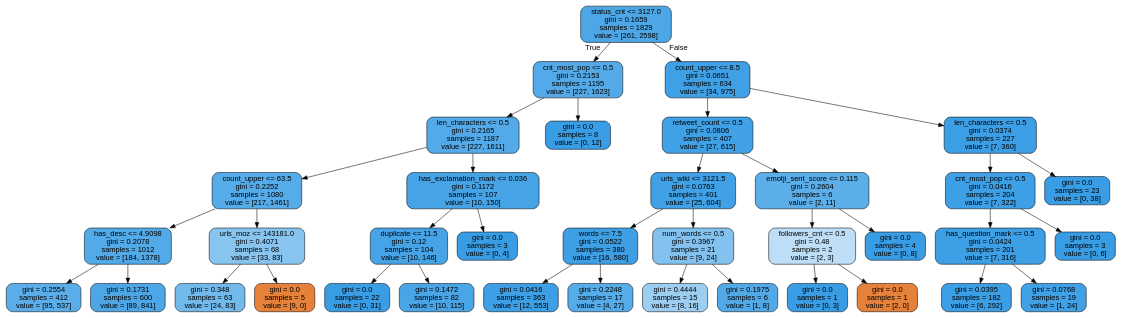
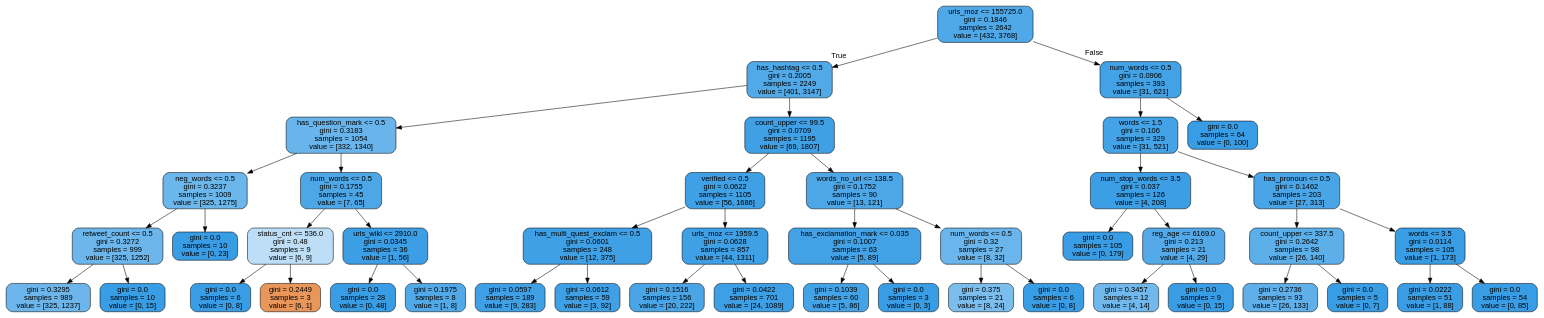
One commit to burningskies42/Twitter_Analytics changed the diagram in Python/twitter_filter/trees/dtree5.dot. Above: the diagram before and after it, drawn with Graphviz. The commit also changed 44 other files, not shown here.

```diff
--- a/Python/twitter_filter/trees/dtree5.dot
+++ b/Python/twitter_filter/trees/dtree5.dot
@@ -1,77 +1,93 @@
 digraph Tree {
 node [shape=box, style="filled, rounded", color="black", fontname=helvetica] ;
 edge [fontname=helvetica] ;
-0 [label="status_cnt <= 3127.0\ngini = 0.1659\nsamples = 1829\nvalue = [261, 2598]", fillcolor="#399de5e5"] ;
-1 [label="cnt_most_pop <= 0.5\ngini = 0.2153\nsamples = 1195\nvalue = [227, 1623]", fillcolor="#399de5db"] ;
+0 [label="urls_moz <= 155725.0\ngini = 0.1846\nsamples = 2642\nvalue = [432, 3768]", fillcolor="#399de5e2"] ;
+1 [label="has_hashtag <= 0.5\ngini = 0.2005\nsamples = 2249\nvalue = [401, 3147]", fillcolor="#399de5df"] ;
 0 -> 1 [labeldistance=2.5, labelangle=45, headlabel="True"] ;
-2 [label="len_characters <= 0.5\ngini = 0.2165\nsamples = 1187\nvalue = [227, 1611]", fillcolor="#399de5db"] ;
+2 [label="has_question_mark <= 0.5\ngini = 0.3183\nsamples = 1054\nvalue = [332, 1340]", fillcolor="#399de5c0"] ;
 1 -> 2 ;
-3 [label="count_upper <= 63.5\ngini = 0.2252\nsamples = 1080\nvalue = [217, 1461]", fillcolor="#399de5d9"] ;
+3 [label="neg_words <= 0.5\ngini = 0.3237\nsamples = 1009\nvalue = [325, 1275]", fillcolor="#399de5be"] ;
 2 -> 3 ;
-4 [label="has_desc <= 4.9098\ngini = 0.2078\nsamples = 1012\nvalue = [184, 1378]", fillcolor="#399de5dd"] ;
+4 [label="retweet_count <= 0.5\ngini = 0.3272\nsamples = 999\nvalue = [325, 1252]", fillcolor="#399de5bd"] ;
 3 -> 4 ;
-5 [label="gini = 0.2554\nsamples = 412\nvalue = [95, 537]", fillcolor="#399de5d2"] ;
+5 [label="gini = 0.3295\nsamples = 989\nvalue = [325, 1237]", fillcolor="#399de5bc"] ;
 4 -> 5 ;
-6 [label="gini = 0.1731\nsamples = 600\nvalue = [89, 841]", fillcolor="#399de5e4"] ;
+6 [label="gini = 0.0\nsamples = 10\nvalue = [0, 15]", fillcolor="#399de5ff"] ;
 4 -> 6 ;
-7 [label="urls_moz <= 143181.0\ngini = 0.4071\nsamples = 68\nvalue = [33, 83]", fillcolor="#399de59a"] ;
+7 [label="gini = 0.0\nsamples = 10\nvalue = [0, 23]", fillcolor="#399de5ff"] ;
 3 -> 7 ;
-8 [label="gini = 0.348\nsamples = 63\nvalue = [24, 83]", fillcolor="#399de5b5"] ;
-7 -> 8 ;
-9 [label="gini = 0.0\nsamples = 5\nvalue = [9, 0]", fillcolor="#e58139ff"] ;
-7 -> 9 ;
-10 [label="has_exclamation_mark <= 0.036\ngini = 0.1172\nsamples = 107\nvalue = [10, 150]", fillcolor="#399de5ee"] ;
-2 -> 10 ;
-11 [label="duplicate <= 11.5\ngini = 0.12\nsamples = 104\nvalue = [10, 146]", fillcolor="#399de5ee"] ;
-10 -> 11 ;
-12 [label="gini = 0.0\nsamples = 22\nvalue = [0, 31]", fillcolor="#399de5ff"] ;
-11 -> 12 ;
-13 [label="gini = 0.1472\nsamples = 82\nvalue = [10, 115]", fillcolor="#399de5e9"] ;
-11 -> 13 ;
-14 [label="gini = 0.0\nsamples = 3\nvalue = [0, 4]", fillcolor="#399de5ff"] ;
-10 -> 14 ;
-15 [label="gini = 0.0\nsamples = 8\nvalue = [0, 12]", fillcolor="#399de5ff"] ;
+8 [label="num_words <= 0.5\ngini = 0.1755\nsamples = 45\nvalue = [7, 65]", fillcolor="#399de5e4"] ;
+2 -> 8 ;
+9 [label="status_cnt <= 536.0\ngini = 0.48\nsamples = 9\nvalue = [6, 9]", fillcolor="#399de555"] ;
+8 -> 9 ;
+10 [label="gini = 0.0\nsamples = 6\nvalue = [0, 8]", fillcolor="#399de5ff"] ;
+9 -> 10 ;
+11 [label="gini = 0.2449\nsamples = 3\nvalue = [6, 1]", fillcolor="#e58139d4"] ;
+9 -> 11 ;
+12 [label="urls_wiki <= 2910.0\ngini = 0.0345\nsamples = 36\nvalue = [1, 56]", fillcolor="#399de5fa"] ;
+8 -> 12 ;
+13 [label="gini = 0.0\nsamples = 28\nvalue = [0, 48]", fillcolor="#399de5ff"] ;
+12 -> 13 ;
+14 [label="gini = 0.1975\nsamples = 8\nvalue = [1, 8]", fillcolor="#399de5df"] ;
+12 -> 14 ;
+15 [label="count_upper <= 99.5\ngini = 0.0709\nsamples = 1195\nvalue = [69, 1807]", fillcolor="#399de5f5"] ;
 1 -> 15 ;
-16 [label="count_upper <= 8.5\ngini = 0.0651\nsamples = 634\nvalue = [34, 975]", fillcolor="#399de5f6"] ;
-0 -> 16 [labeldistance=2.5, labelangle=-45, headlabel="False"] ;
-17 [label="retweet_count <= 0.5\ngini = 0.0806\nsamples = 407\nvalue = [27, 615]", fillcolor="#399de5f4"] ;
+16 [label="verified <= 0.5\ngini = 0.0622\nsamples = 1105\nvalue = [56, 1686]", fillcolor="#399de5f7"] ;
+15 -> 16 ;
+17 [label="has_multi_quest_exclam <= 0.5\ngini = 0.0601\nsamples = 248\nvalue = [12, 375]", fillcolor="#399de5f7"] ;
 16 -> 17 ;
-18 [label="urls_wiki <= 3121.5\ngini = 0.0763\nsamples = 401\nvalue = [25, 604]", fillcolor="#399de5f4"] ;
+18 [label="gini = 0.0597\nsamples = 189\nvalue = [9, 283]", fillcolor="#399de5f7"] ;
 17 -> 18 ;
-19 [label="words <= 7.5\ngini = 0.0522\nsamples = 380\nvalue = [16, 580]", fillcolor="#399de5f8"] ;
-18 -> 19 ;
-20 [label="gini = 0.0416\nsamples = 363\nvalue = [12, 553]", fillcolor="#399de5f9"] ;
-19 -> 20 ;
-21 [label="gini = 0.2248\nsamples = 17\nvalue = [4, 27]", fillcolor="#399de5d9"] ;
-19 -> 21 ;
-22 [label="num_words <= 0.5\ngini = 0.3967\nsamples = 21\nvalue = [9, 24]", fillcolor="#399de59f"] ;
-18 -> 22 ;
-23 [label="gini = 0.4444\nsamples = 15\nvalue = [8, 16]", fillcolor="#399de57f"] ;
-22 -> 23 ;
-24 [label="gini = 0.1975\nsamples = 6\nvalue = [1, 8]", fillcolor="#399de5df"] ;
-22 -> 24 ;
-25 [label="emotji_sent_score <= 0.115\ngini = 0.2604\nsamples = 6\nvalue = [2, 11]", fillcolor="#399de5d1"] ;
-17 -> 25 ;
-26 [label="followers_cnt <= 0.5\ngini = 0.48\nsamples = 2\nvalue = [2, 3]", fillcolor="#399de555"] ;
-25 -> 26 ;
-27 [label="gini = 0.0\nsamples = 1\nvalue = [0, 3]", fillcolor="#399de5ff"] ;
-26 -> 27 ;
-28 [label="gini = 0.0\nsamples = 1\nvalue = [2, 0]", fillcolor="#e58139ff"] ;
-26 -> 28 ;
-29 [label="gini = 0.0\nsamples = 4\nvalue = [0, 8]", fillcolor="#399de5ff"] ;
-25 -> 29 ;
-30 [label="len_characters <= 0.5\ngini = 0.0374\nsamples = 227\nvalue = [7, 360]", fillcolor="#399de5fa"] ;
-16 -> 30 ;
-31 [label="cnt_most_pop <= 0.5\ngini = 0.0416\nsamples = 204\nvalue = [7, 322]", fillcolor="#399de5f9"] ;
+19 [label="gini = 0.0612\nsamples = 59\nvalue = [3, 92]", fillcolor="#399de5f7"] ;
+17 -> 19 ;
+20 [label="urls_moz <= 1959.5\ngini = 0.0628\nsamples = 857\nvalue = [44, 1311]", fillcolor="#399de5f6"] ;
+16 -> 20 ;
+21 [label="gini = 0.1516\nsamples = 156\nvalue = [20, 222]", fillcolor="#399de5e8"] ;
+20 -> 21 ;
+22 [label="gini = 0.0422\nsamples = 701\nvalue = [24, 1089]", fillcolor="#399de5f9"] ;
+20 -> 22 ;
+23 [label="words_no_url <= 138.5\ngini = 0.1752\nsamples = 90\nvalue = [13, 121]", fillcolor="#399de5e4"] ;
+15 -> 23 ;
+24 [label="has_exclamation_mark <= 0.035\ngini = 0.1007\nsamples = 63\nvalue = [5, 89]", fillcolor="#399de5f1"] ;
+23 -> 24 ;
+25 [label="gini = 0.1039\nsamples = 60\nvalue = [5, 86]", fillcolor="#399de5f0"] ;
+24 -> 25 ;
+26 [label="gini = 0.0\nsamples = 3\nvalue = [0, 3]", fillcolor="#399de5ff"] ;
+24 -> 26 ;
+27 [label="num_words <= 0.5\ngini = 0.32\nsamples = 27\nvalue = [8, 32]", fillcolor="#399de5bf"] ;
+23 -> 27 ;
+28 [label="gini = 0.375\nsamples = 21\nvalue = [8, 24]", fillcolor="#399de5aa"] ;
+27 -> 28 ;
+29 [label="gini = 0.0\nsamples = 6\nvalue = [0, 8]", fillcolor="#399de5ff"] ;
+27 -> 29 ;
+30 [label="num_words <= 0.5\ngini = 0.0906\nsamples = 393\nvalue = [31, 621]", fillcolor="#399de5f2"] ;
+0 -> 30 [labeldistance=2.5, labelangle=-45, headlabel="False"] ;
+31 [label="words <= 1.5\ngini = 0.106\nsamples = 329\nvalue = [31, 521]", fillcolor="#399de5f0"] ;
 30 -> 31 ;
-32 [label="has_question_mark <= 0.5\ngini = 0.0424\nsamples = 201\nvalue = [7, 316]", fillcolor="#399de5f9"] ;
+32 [label="num_stop_words <= 3.5\ngini = 0.037\nsamples = 126\nvalue = [4, 208]", fillcolor="#399de5fa"] ;
 31 -> 32 ;
-33 [label="gini = 0.0395\nsamples = 182\nvalue = [6, 292]", fillcolor="#399de5fa"] ;
+33 [label="gini = 0.0\nsamples = 105\nvalue = [0, 179]", fillcolor="#399de5ff"] ;
 32 -> 33 ;
-34 [label="gini = 0.0768\nsamples = 19\nvalue = [1, 24]", fillcolor="#399de5f4"] ;
+34 [label="reg_age <= 6169.0\ngini = 0.213\nsamples = 21\nvalue = [4, 29]", fillcolor="#399de5dc"] ;
 32 -> 34 ;
-35 [label="gini = 0.0\nsamples = 3\nvalue = [0, 6]", fillcolor="#399de5ff"] ;
-31 -> 35 ;
-36 [label="gini = 0.0\nsamples = 23\nvalue = [0, 38]", fillcolor="#399de5ff"] ;
-30 -> 36 ;
+35 [label="gini = 0.3457\nsamples = 12\nvalue = [4, 14]", fillcolor="#399de5b6"] ;
+34 -> 35 ;
+36 [label="gini = 0.0\nsamples = 9\nvalue = [0, 15]", fillcolor="#399de5ff"] ;
+34 -> 36 ;
+37 [label="has_pronoun <= 0.5\ngini = 0.1462\nsamples = 203\nvalue = [27, 313]", fillcolor="#399de5e9"] ;
+31 -> 37 ;
+38 [label="count_upper <= 337.5\ngini = 0.2642\nsamples = 98\nvalue = [26, 140]", fillcolor="#399de5d0"] ;
+37 -> 38 ;
+39 [label="gini = 0.2736\nsamples = 93\nvalue = [26, 133]", fillcolor="#399de5cd"] ;
+38 -> 39 ;
+40 [label="gini = 0.0\nsamples = 5\nvalue = [0, 7]", fillcolor="#399de5ff"] ;
+38 -> 40 ;
+41 [label="words <= 3.5\ngini = 0.0114\nsamples = 105\nvalue = [1, 173]", fillcolor="#399de5fe"] ;
+37 -> 41 ;
+42 [label="gini = 0.0222\nsamples = 51\nvalue = [1, 88]", fillcolor="#399de5fc"] ;
+41 -> 42 ;
+43 [label="gini = 0.0\nsamples = 54\nvalue = [0, 85]", fillcolor="#399de5ff"] ;
+41 -> 43 ;
+44 [label="gini = 0.0\nsamples = 64\nvalue = [0, 100]", fillcolor="#399de5ff"] ;
+30 -> 44 ;
 }
```
